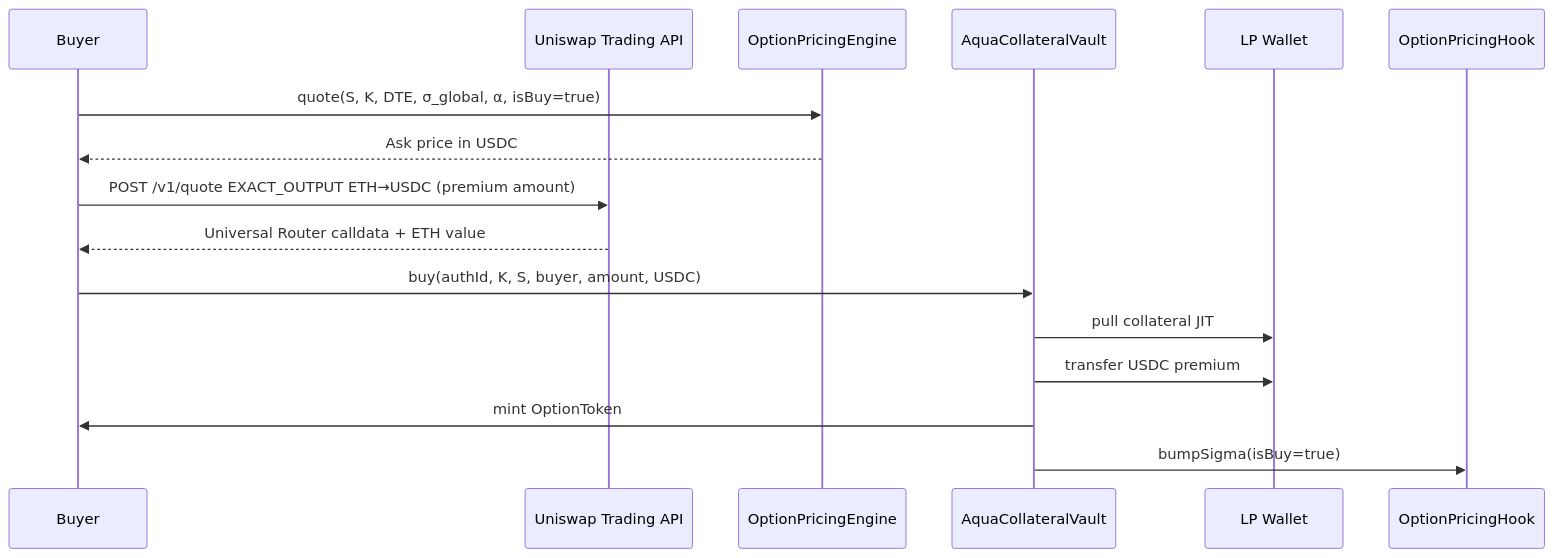
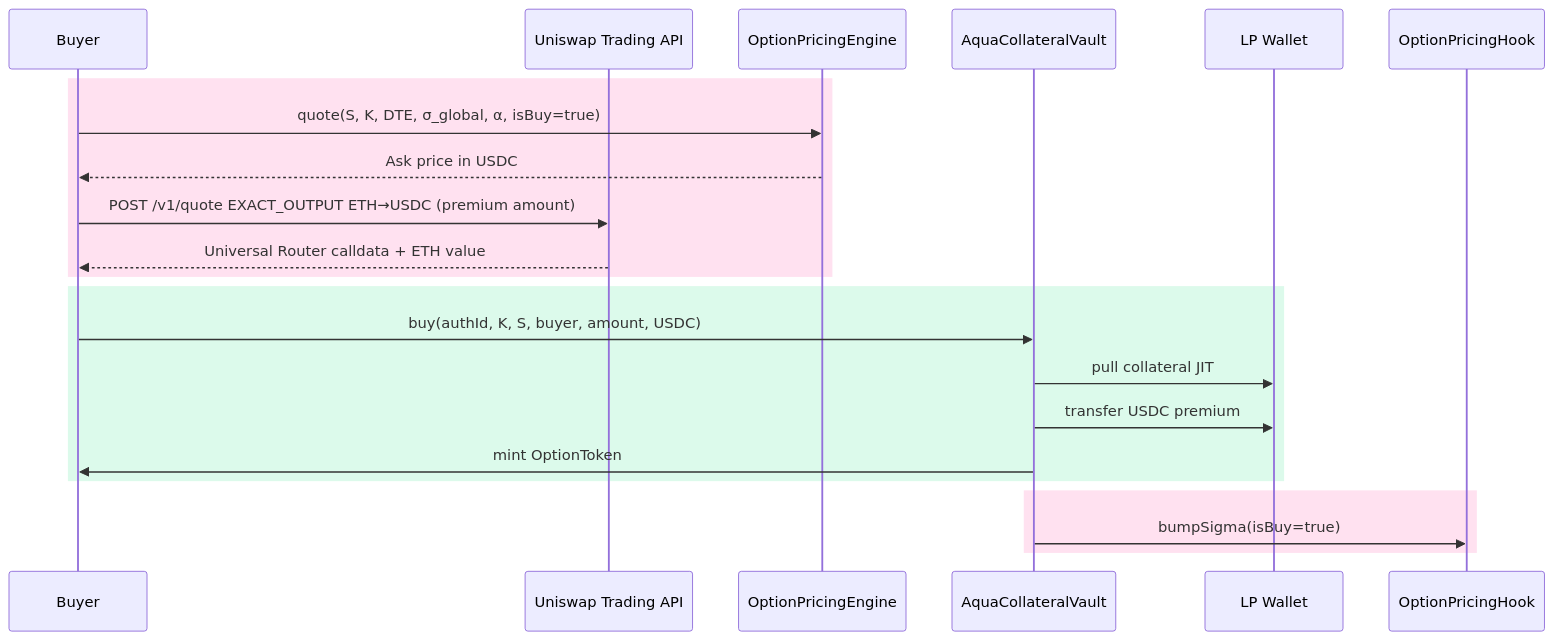
The third of 7 diagrams in README.md (oslinin/Smile), drawn with Mermaid before and after one commit. The commit also changed other lines of this file, not shown here.

Commit message:
Color-code all Mermaid diagrams by sponsor (green=1inch, pink=Uniswap, blue=Chainlink)

````diff
--- a/README.md
+++ b/README.md
@@ -141,19 +149,25 @@
 ```mermaid
 sequenceDiagram
     participant Buyer
     participant UniAPI as Uniswap Trading API
     participant Engine as OptionPricingEngine
     participant Vault as AquaCollateralVault
     participant LP as LP Wallet
     participant Hook as OptionPricingHook
 
+    rect rgb(255, 225, 240)
     Buyer->>Engine: quote(S, K, DTE, σ_global, α, isBuy=true)
     Engine-->>Buyer: Ask price in USDC
     Buyer->>UniAPI: POST /v1/quote EXACT_OUTPUT ETH→USDC (premium amount)
     UniAPI-->>Buyer: Universal Router calldata + ETH value
+    end
+    rect rgb(220, 250, 235)
     Buyer->>Vault: buy(authId, K, S, buyer, amount, USDC)
     Vault->>LP: pull collateral JIT
     Vault->>LP: transfer USDC premium
     Vault->>Buyer: mint OptionToken
+    end
+    rect rgb(255, 225, 240)
     Vault->>Hook: bumpSigma(isBuy=true)
+    end
 ```
````
